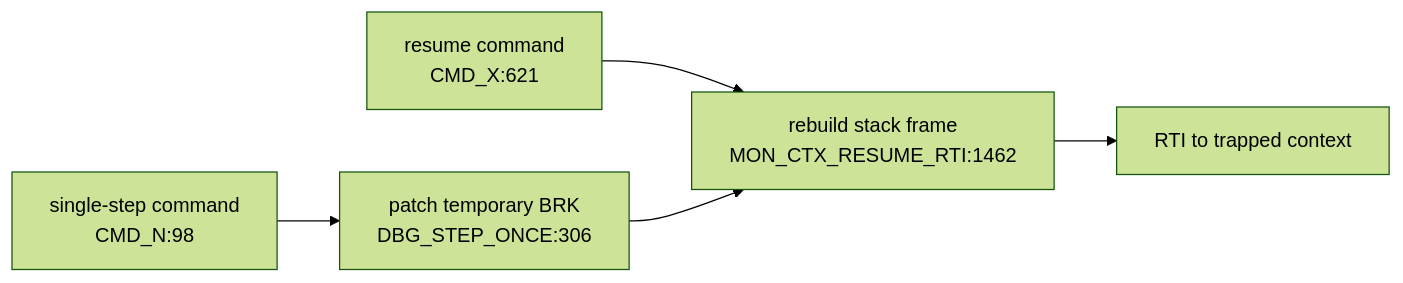
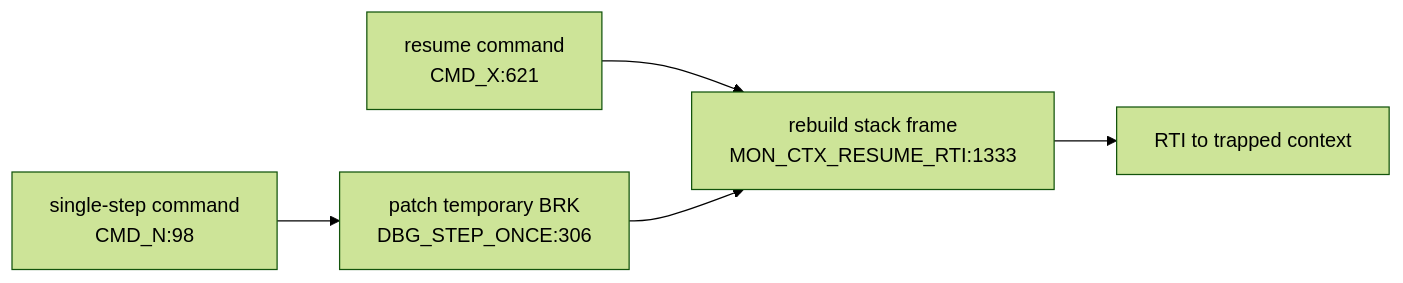
Before and after one commit to 95westus/R-YORS: the sixth of 6 diagrams in DOC/GENERATED/INTERRUPT_VECTOR_MAP.md, drawn with Mermaid (forest theme). The commit also changed other lines of this file and 65 other files, not shown here.

````diff
--- a/DOC/GENERATED/INTERRUPT_VECTOR_MAP.md
+++ b/DOC/GENERATED/INTERRUPT_VECTOR_MAP.md
@@ -92,7 +92,7 @@
 ```mermaid
 flowchart LR
-    CMDX["resume command<br/>CMD_X:621"] --> RESUME["rebuild stack frame<br/>MON_CTX_RESUME_RTI:1462"]
+    CMDX["resume command<br/>CMD_X:621"] --> RESUME["rebuild stack frame<br/>MON_CTX_RESUME_RTI:1333"]
     CMDN["single-step command<br/>CMD_N:98"] --> STEP["patch temporary BRK<br/>DBG_STEP_ONCE:306"]
     STEP --> RESUME
     RESUME --> RTIRES["RTI to trapped context"]
 ```
````
